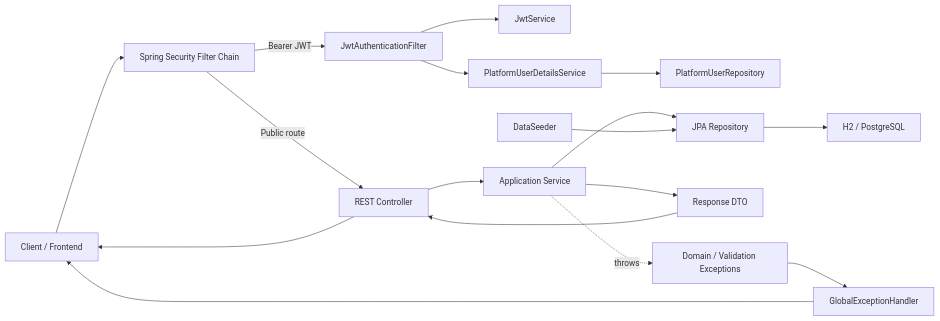
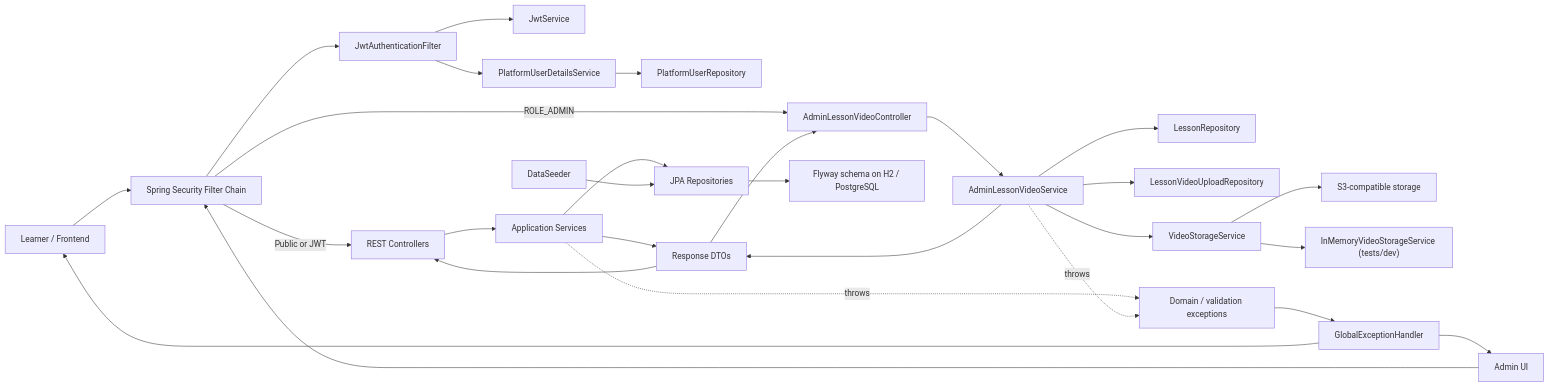
The first of 2 diagrams in docs/PROJECT_BLUEPRINT.md (askhat06/OrdaSkills), drawn with Mermaid before and after one commit. The commit also changed other lines of this file and 1 other file, not shown here.

````diff
--- a/docs/PROJECT_BLUEPRINT.md
+++ b/docs/PROJECT_BLUEPRINT.md
@@ -50,19 +61,35 @@
 ```mermaid
 flowchart LR
-    Client["Client / Frontend"] --> Security["Spring Security Filter Chain"]
-    Security -->|Public route| Controller["REST Controller"]
-    Security -->|Bearer JWT| JwtFilter["JwtAuthenticationFilter"]
+    Client["Learner / Frontend"] --> Security["Spring Security Filter Chain"]
+    Admin["Admin UI"] --> Security
+    Security -->|Public or JWT| Controller["REST Controllers"]
+    Security -->|ROLE_ADMIN| AdminController["AdminLessonVideoController"]
+    Security --> JwtFilter["JwtAuthenticationFilter"]
     JwtFilter --> JwtService["JwtService"]
     JwtFilter --> UserDetails["PlatformUserDetailsService"]
     UserDetails --> UserRepo["PlatformUserRepository"]
-    Controller --> Service["Application Service"]
-    Service --> Repo["JPA Repository"]
-    Repo --> DB["H2 / PostgreSQL"]
-    Service --> DTO["Response DTO"]
+
+    Controller --> Service["Application Services"]
+    Service --> Repo["JPA Repositories"]
+    Repo --> DB["Flyway schema on H2 / PostgreSQL"]
+
+    AdminController --> AdminService["AdminLessonVideoService"]
+    AdminService --> LessonRepo["LessonRepository"]
+    AdminService --> PendingRepo["LessonVideoUploadRepository"]
+    AdminService --> Storage["VideoStorageService"]
+    Storage --> S3["S3-compatible storage"]
+    Storage --> Memory["InMemoryVideoStorageService (tests/dev)"]
+
+    Service --> DTO["Response DTOs"]
+    AdminService --> DTO
     DTO --> Controller
-    Controller --> Client
-    Service -.throws.-> Errors["Domain / Validation Exceptions"]
+    DTO --> AdminController
+
+    Service -.throws.-> Errors["Domain / validation exceptions"]
+    AdminService -.throws.-> Errors
     Errors --> Handler["GlobalExceptionHandler"]
     Handler --> Client
+    Handler --> Admin
+
     Seeder["DataSeeder"] --> Repo
 ```
````
